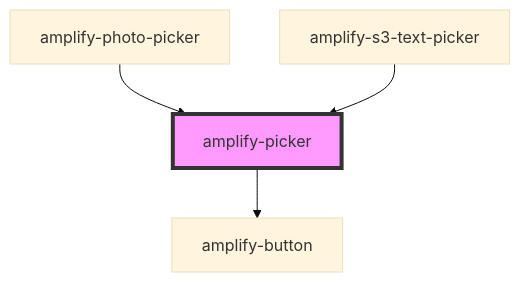
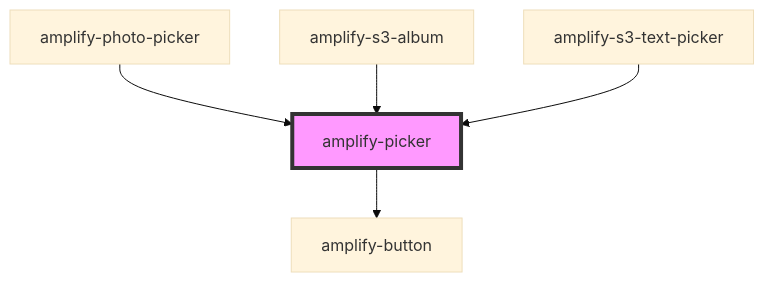
The diagram in packages/amplify-ui-components/src/components/amplify-picker/readme.md (OneDev0411/amplify-js), drawn with Mermaid (base theme) before and after one commit. The commit also changed other lines of this file and 17 other files, not shown here.

````diff
--- a/packages/amplify-ui-components/src/components/amplify-picker/readme.md
+++ b/packages/amplify-ui-components/src/components/amplify-picker/readme.md
@@ -27,7 +28,8 @@
 ```mermaid
 graph TD;
   amplify-picker --> amplify-button
   amplify-photo-picker --> amplify-picker
+  amplify-s3-album --> amplify-picker
   amplify-s3-text-picker --> amplify-picker
   style amplify-picker fill:#f9f,stroke:#333,stroke-width:4px
 ```
````
